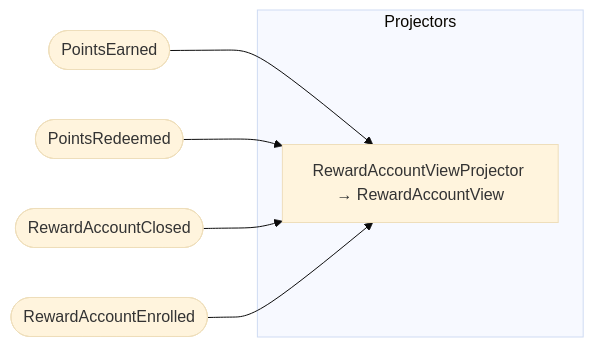
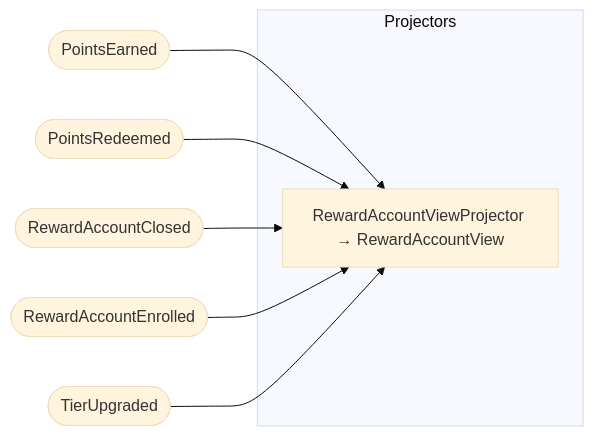
One commit to proteanhq/shopstream changed the sixth of 6 diagrams in docs/loyalty/handler-wiring.md. Above: the diagram before and after it, drawn with Mermaid (base theme). The commit also changed other lines of this file and 31 other files, not shown here.

````diff
--- a/docs/loyalty/handler-wiring.md
+++ b/docs/loyalty/handler-wiring.md
@@ -67,10 +68,11 @@
 ```mermaid
 flowchart LR
     subgraph projectors["Projectors"]
         proj_loyalty_projections_reward_account_view_RewardAccountViewProjector[RewardAccountViewProjector → RewardAccountView]
     end
     evt_loyalty_reward_events_PointsEarned([PointsEarned]) --> proj_loyalty_projections_reward_account_view_RewardAccountViewProjector
     evt_loyalty_reward_events_PointsRedeemed([PointsRedeemed]) --> proj_loyalty_projections_reward_account_view_RewardAccountViewProjector
     evt_loyalty_reward_events_RewardAccountClosed([RewardAccountClosed]) --> proj_loyalty_projections_reward_account_view_RewardAccountViewProjector
     evt_loyalty_reward_events_RewardAccountEnrolled([RewardAccountEnrolled]) --> proj_loyalty_projections_reward_account_view_RewardAccountViewProjector
+    evt_loyalty_reward_events_TierUpgraded([TierUpgraded]) --> proj_loyalty_projections_reward_account_view_RewardAccountViewProjector
 ```
````
